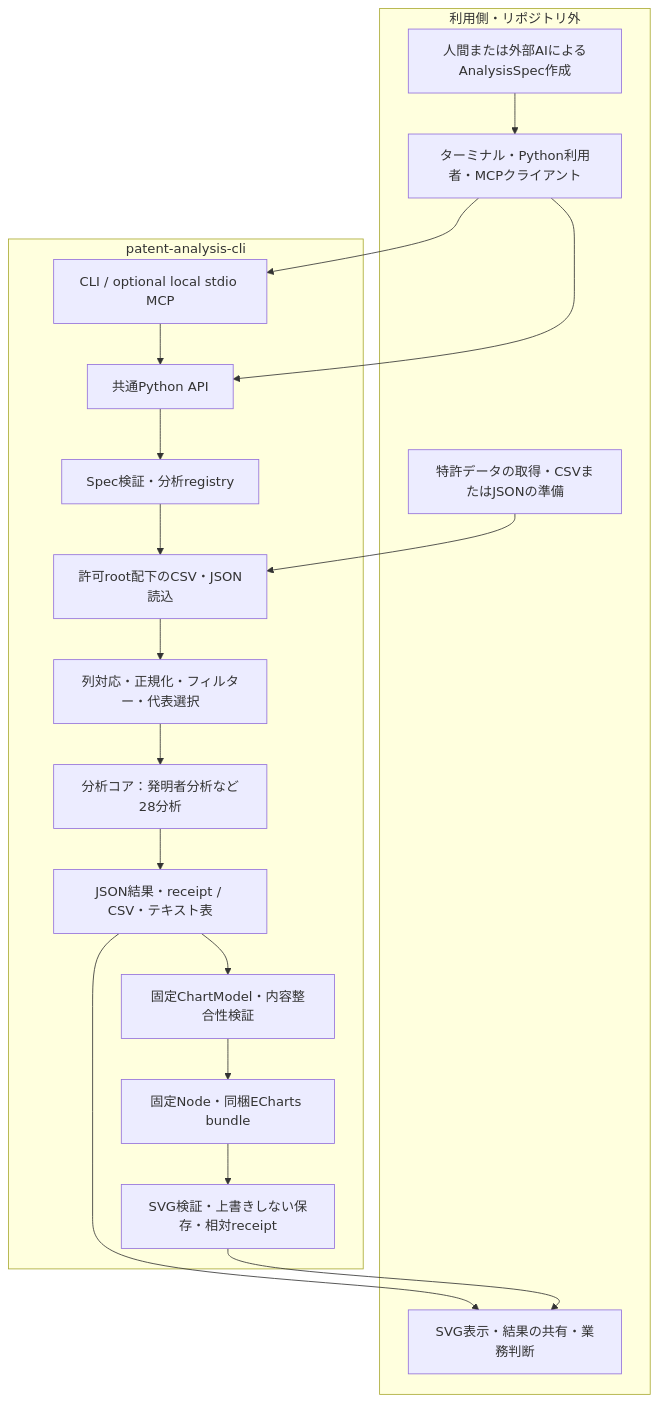
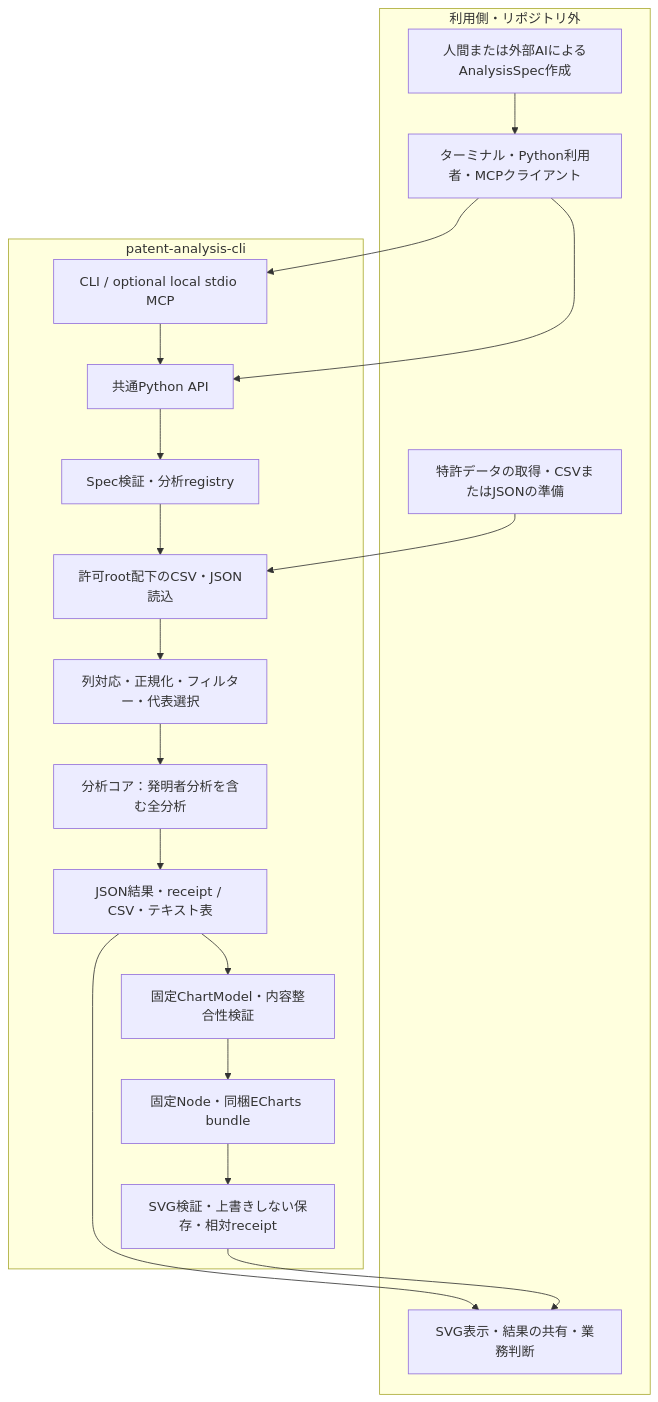
The first of 3 diagrams in README.md (Nagi-Inaba/patent-analysis-cli), drawn with Mermaid before and after one commit. The commit also changed other lines of this file and 141 other files, not shown here.

````diff
--- a/README.md
+++ b/README.md
@@ -177,28 +231,28 @@
 ```mermaid
 flowchart TB
     subgraph caller[利用側・リポジトリ外]
         collect[特許データの取得・CSVまたはJSONの準備]
         spec[人間または外部AIによるAnalysisSpec作成]
         client[ターミナル・Python利用者・MCPクライアント]
         use[SVG表示・結果の共有・業務判断]
     end
     subgraph product[patent-analysis-cli]
         adapters[CLI / optional local stdio MCP]
         api[共通Python API]
         validate[Spec検証・分析registry]
         input[許可root配下のCSV・JSON読込]
         population[列対応・正規化・フィルター・代表選択]
-        analysis[分析コア：発明者分析など28分析]
+        analysis[分析コア：発明者分析を含む全分析]
         result[JSON結果・receipt / CSV・テキスト表]
         model[固定ChartModel・内容整合性検証]
         runtime[固定Node・同梱ECharts bundle]
         svg[SVG検証・上書きしない保存・相対receipt]
     end
     collect --> input
     spec --> client
     client --> adapters --> api
     client --> api
     api --> validate --> input --> population --> analysis --> result
     result --> use
     result --> model --> runtime --> svg --> use
 ```
````
